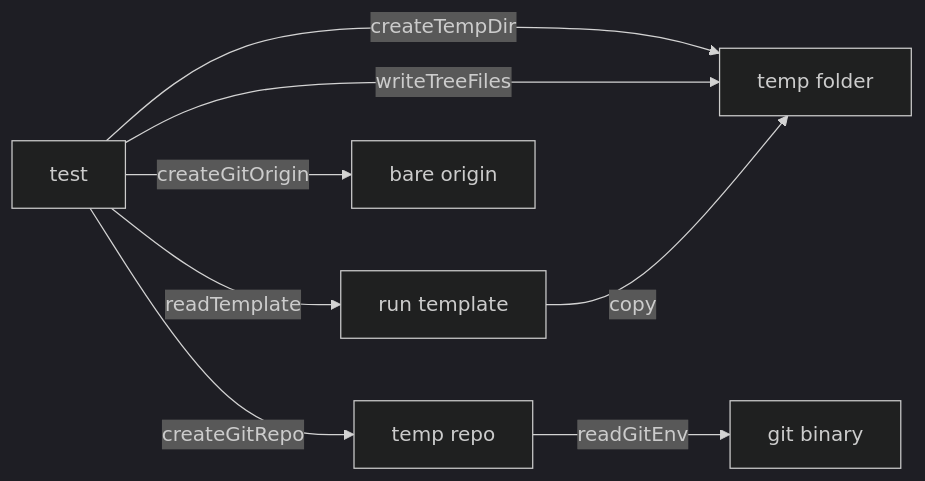
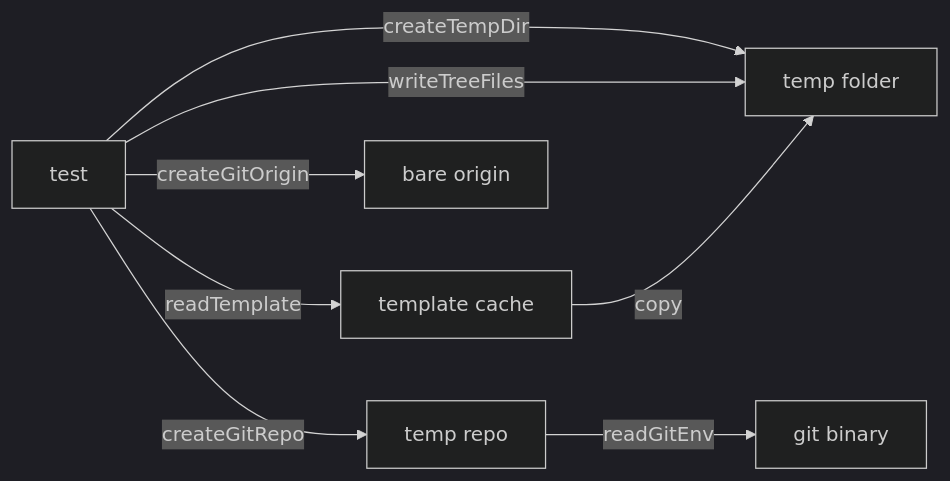
One commit to zgeoff/tools changed the diagram in docs/design/testing-kit/files-and-git.md. Above: the diagram before and after it, drawn with Mermaid (dark theme). The commit also changed other lines of this file and 6 other files, not shown here.

````diff
--- a/docs/design/testing-kit/files-and-git.md
+++ b/docs/design/testing-kit/files-and-git.md
@@ -11,10 +11,10 @@
 ```mermaid
 flowchart LR
   test -->|"createTempDir"| dir[temp folder]
   test -->|"writeTreeFiles"| dir
-  test -->|"readTemplate"| cache[run template]
+  test -->|"readTemplate"| cache[template cache]
   cache -->|"copy"| dir
   test -->|"createGitRepo"| repo[temp repo]
   repo -->|"readGitEnv"| git[git binary]
   test -->|"createGitOrigin"| origin[bare origin]
 ```
````
